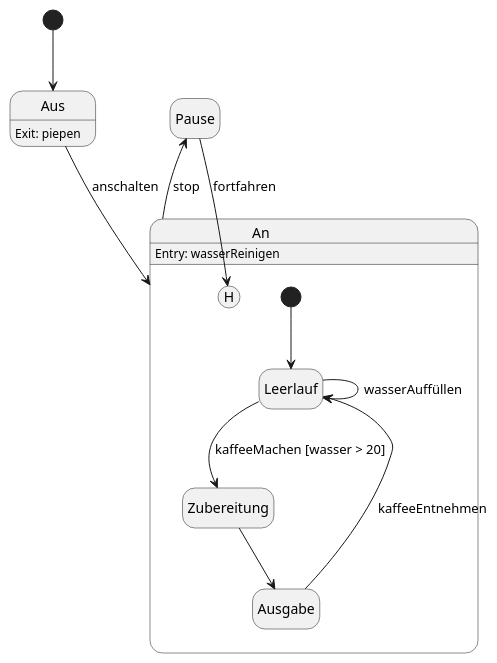
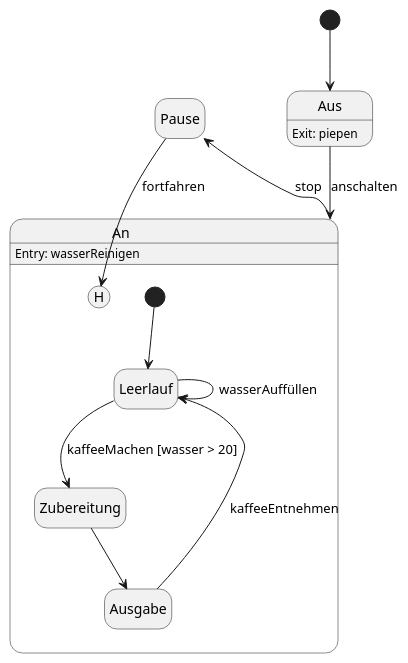
The diagram in example_coffeeMachine/coffee_machine.puml (LuchsHub/PlantUML-StateChart-To-Python), drawn with PlantUML before and after one commit.

Commit message:
declare states at start of puml file

```diff
--- a/example_coffeeMachine/coffee_machine.puml
+++ b/example_coffeeMachine/coffee_machine.puml
@@ -1,26 +1,29 @@
 @startuml
 hide empty description
+
+state Aus
+state An
+state Pause
 
 [*] --> Aus
 
 Aus: Exit: piepen
 
 Aus --> An : anschalten
 
 state An {
   An: Entry: wasserReinigen
 
   [*] --> Leerlauf
   Leerlauf --> Leerlauf : wasserAuffüllen
 
   Leerlauf --> Zubereitung : kaffeeMachen [wasser > 20]
 
   Zubereitung --> Ausgabe
 
   Ausgabe --> Leerlauf : kaffeeEntnehmen
 }
 
 An --> Pause : stop
 Pause --> An[H] : fortfahren
-
 @enduml
```
